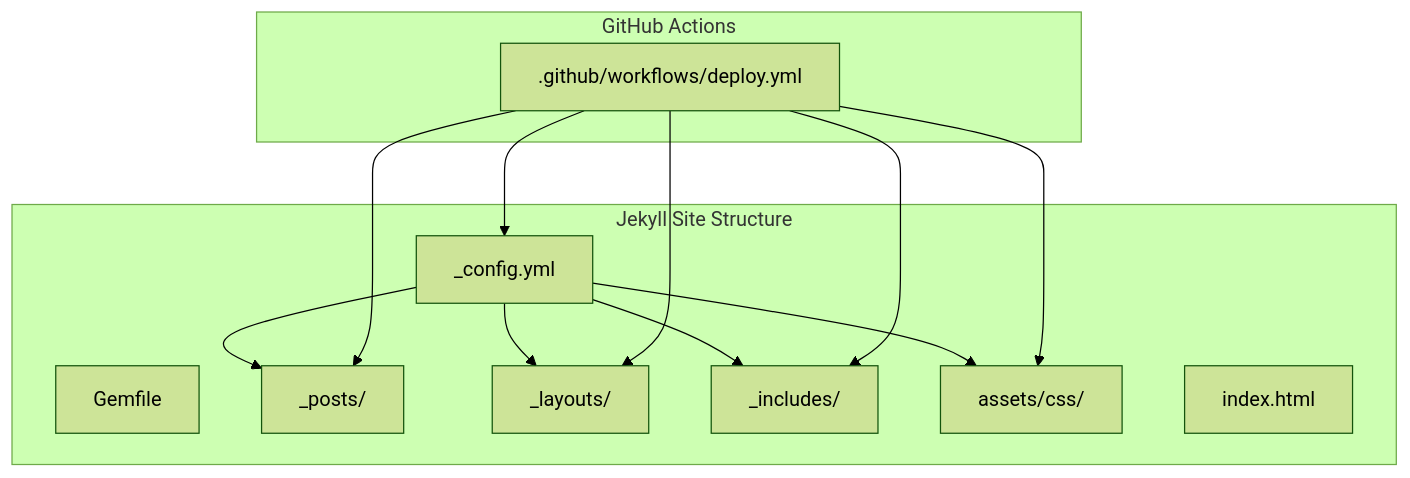
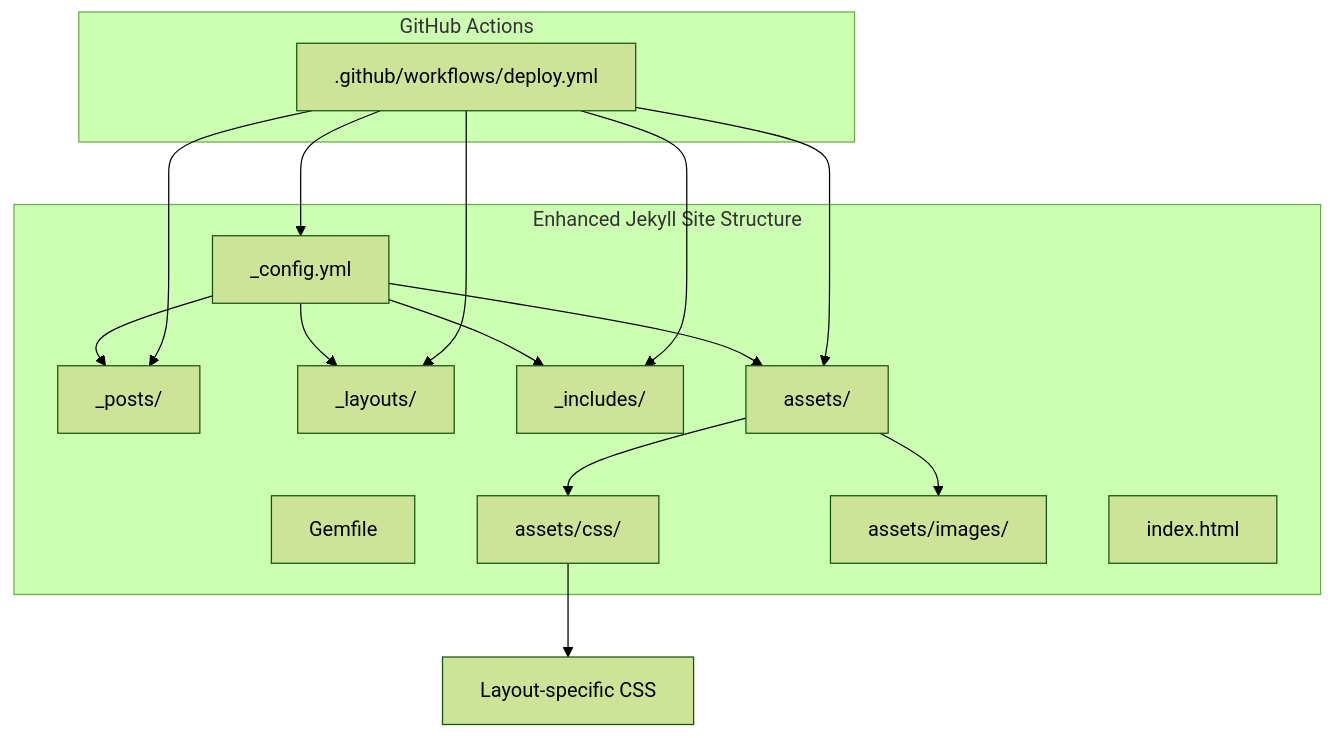
Before and after one commit to PolarisW007/PolaZhenJing: the first of 3 diagrams in .qoder/repowiki/en/content/Static Site Generation.md, drawn with Mermaid (forest theme). The commit also changed other lines of this file and 6 other files, not shown here.

````diff
--- a/.qoder/repowiki/en/content/Static Site Generation.md
+++ b/.qoder/repowiki/en/content/Static Site Generation.md
@@ -61,24 +69,29 @@
 ```mermaid
 graph TB
-subgraph "Jekyll Site Structure"
+subgraph "Enhanced Jekyll Site Structure"
 CONF["_config.yml"]
 GEM["Gemfile"]
 POSTS["_posts/"]
 LAYOUTS["_layouts/"]
 INCLUDES["_includes/"]
-ASSETS["assets/css/"]
+ASSETS["assets/"]
+ASSETSCSS["assets/css/"]
+ASSETIMAGES["assets/images/"]
 INDEX["index.html"]
 end
 subgraph "GitHub Actions"
 WF[".github/workflows/deploy.yml"]
 end
 CONF --> POSTS
 CONF --> LAYOUTS
 CONF --> INCLUDES
 CONF --> ASSETS
+ASSETS --> ASSETSCSS
+ASSETS --> ASSETIMAGES
+ASSETSCSS --> LAYOUTCSS["Layout-specific CSS"]
 WF --> CONF
 WF --> POSTS
 WF --> LAYOUTS
 WF --> INCLUDES
 WF --> ASSETS
 ```
````
